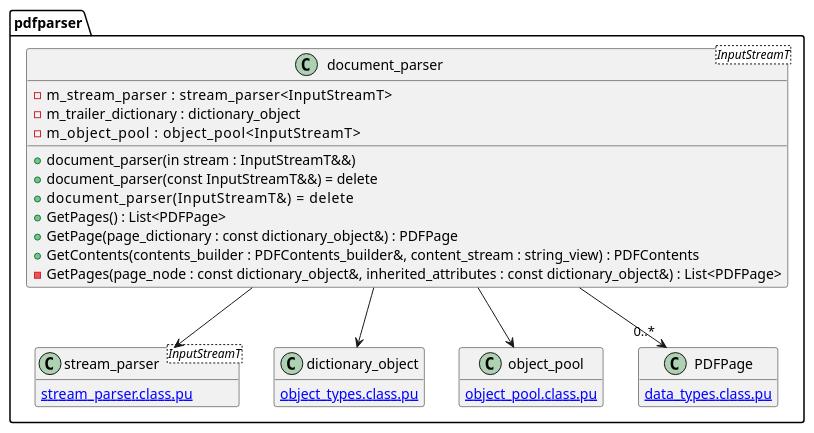
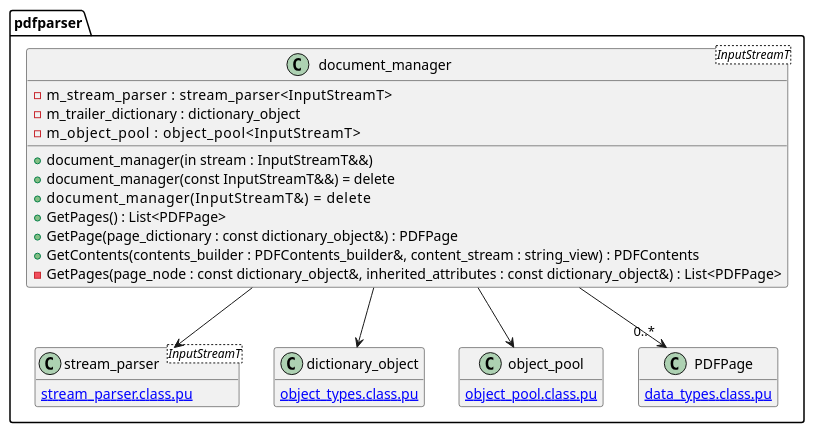
The diagram in document/document_parser.class.pu (KodaiYM/PDFReader), drawn with PlantUML before and after one commit. The commit also changed 2 other files, not shown here.

Commit message:
document_parser の名前を document_manager に変更

```diff
--- a/document/document_parser.class.pu
+++ b/document/document_parser.class.pu
@@ -1,34 +1,34 @@
-@startuml document_parser
+@startuml document_manager
 hide empty members
 namespace pdfparser {
-class document_parser<InputStreamT> {
+class document_manager<InputStreamT> {
 	-m_stream_parser      : stream_parser<InputStreamT>
 	-m_trailer_dictionary : dictionary_object
 	-m_object_pool        : object_pool<InputStreamT>
 
-	+document_parser(in stream : InputStreamT&&)
-	+document_parser(const InputStreamT&&) = delete
-	+document_parser(InputStreamT&)        = delete
+	+document_manager(in stream : InputStreamT&&)
+	+document_manager(const InputStreamT&&) = delete
+	+document_manager(InputStreamT&)        = delete
 	+GetPages() : List<PDFPage>
 	+GetPage(page_dictionary : const dictionary_object&) : PDFPage
 	+GetContents(contents_builder : PDFContents_builder&, content_stream : string_view) : PDFContents
 	-GetPages(page_node : const dictionary_object&, inherited_attributes : const dictionary_object&) : List<PDFPage>
 }
-document_parser --> stream_parser
-document_parser --> dictionary_object 
-document_parser --> object_pool
-document_parser --> "0..*" PDFPage
+document_manager --> stream_parser
+document_manager --> dictionary_object 
+document_manager --> object_pool
+document_manager --> "0..*" PDFPage
 
 class stream_parser<InputStreamT> {
 	[[stream_parser.class.pu]]
 }
 class object_pool {
 	[[object_pool.class.pu]]
 }
 class dictionary_object {
 	[[object_types.class.pu]]
 }
 class PDFPage {
 	[[data_types.class.pu]]
 }
 @enduml
```
